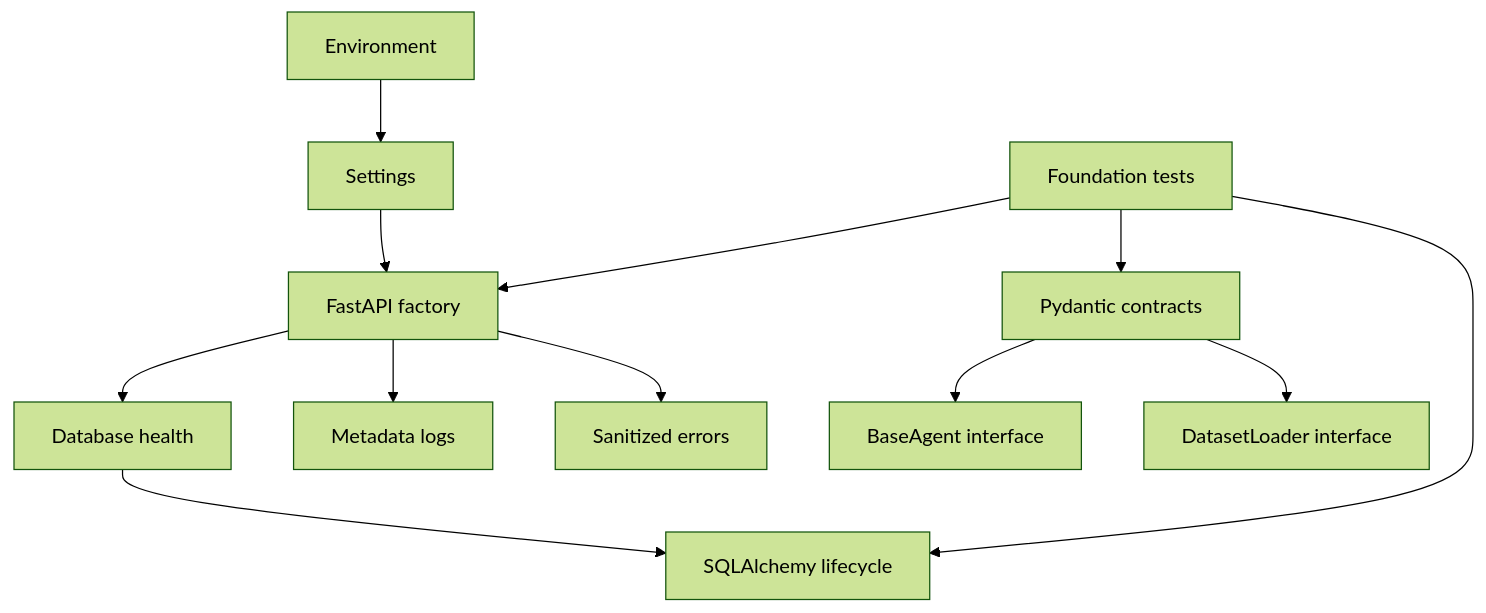
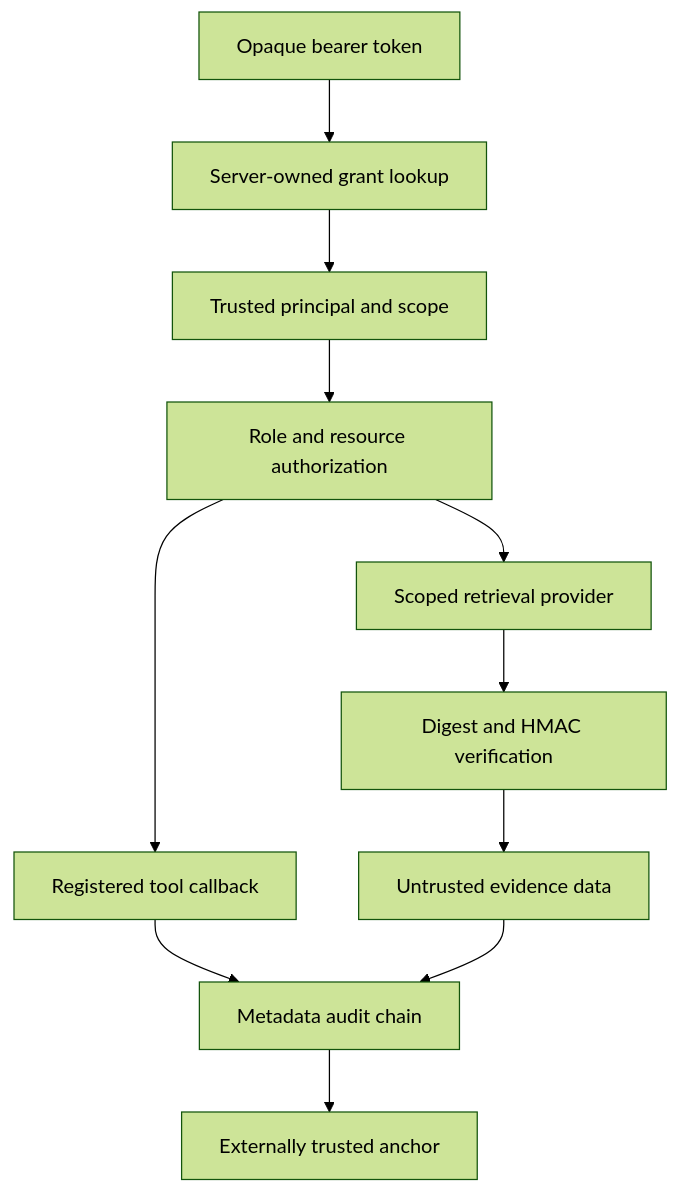
One commit to Ashproxx/Retail_Operations changed the diagram in docs/knowledge_graph/BRANCH_KNOWLEDGE_GRAPH.md. Above: the diagram before and after it, drawn with Mermaid (forest theme). The commit also changed other lines of this file and 13 other files, not shown here.

Commit message:
feat(security): add role gates signed evidence and anchored audit chains

````diff
--- a/docs/knowledge_graph/BRANCH_KNOWLEDGE_GRAPH.md
+++ b/docs/knowledge_graph/BRANCH_KNOWLEDGE_GRAPH.md
@@ -5,14 +3,13 @@
 ```mermaid
 flowchart TD
-    env[Environment] --> config[Settings]
-    config --> app[FastAPI factory]
-    app --> health[Database health]
-    health --> db[SQLAlchemy lifecycle]
-    app --> logs[Metadata logs]
-    app --> errors[Sanitized errors]
-    contracts[Pydantic contracts] --> agents[BaseAgent interface]
-    contracts --> dataset[DatasetLoader interface]
-    tests[Foundation tests] --> app
-    tests --> db
-    tests --> contracts
+ token[Opaque bearer token] --> auth[Server-owned grant lookup]
+ auth --> context[Trusted principal and scope]
+ context --> policy[Role and resource authorization]
+ policy --> tools[Registered tool callback]
+ policy --> retrieval[Scoped retrieval provider]
+ retrieval --> verify[Digest and HMAC verification]
+ verify --> evidence[Untrusted evidence data]
+ tools --> audit[Metadata audit chain]
+ evidence --> audit
+ audit --> anchor[Externally trusted anchor]
 ```
````
